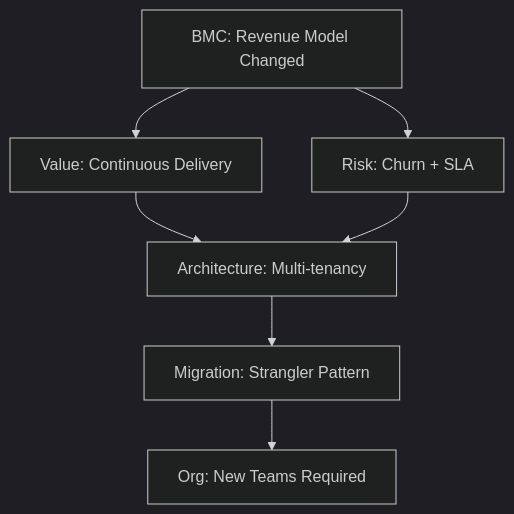
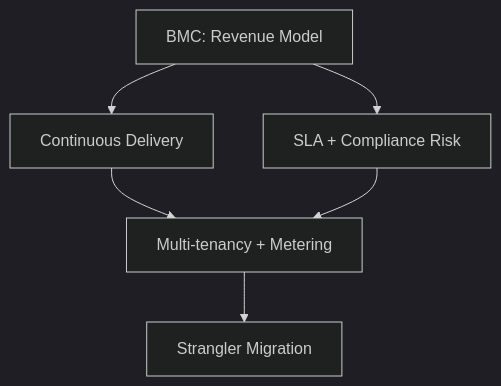
The diagram in Prompts/Career/Business/QA.md (ljg-cqu/knowledge), drawn with Mermaid (dark theme) before and after one commit. The commit also changed other lines of this file and 15 other files, not shown here.

````diff
--- a/Prompts/Career/Business/QA.md
+++ b/Prompts/Career/Business/QA.md
@@ -175,9 +186,8 @@
 ```mermaid
 flowchart TD
-    A[BMC: Revenue Model Changed] --> B[Value: Continuous Delivery]
-    A --> C[Risk: Churn + SLA]
-    B --> D[Architecture: Multi-tenancy]
+    A[BMC: Revenue Model] --> B[Continuous Delivery]
+    A --> C[SLA + Compliance Risk]
+    B --> D[Multi-tenancy + Metering]
     C --> D
-    D --> E[Migration: Strangler Pattern]
-    E --> F[Org: New Teams Required]
+    D --> E[Strangler Migration]
 ```
````
